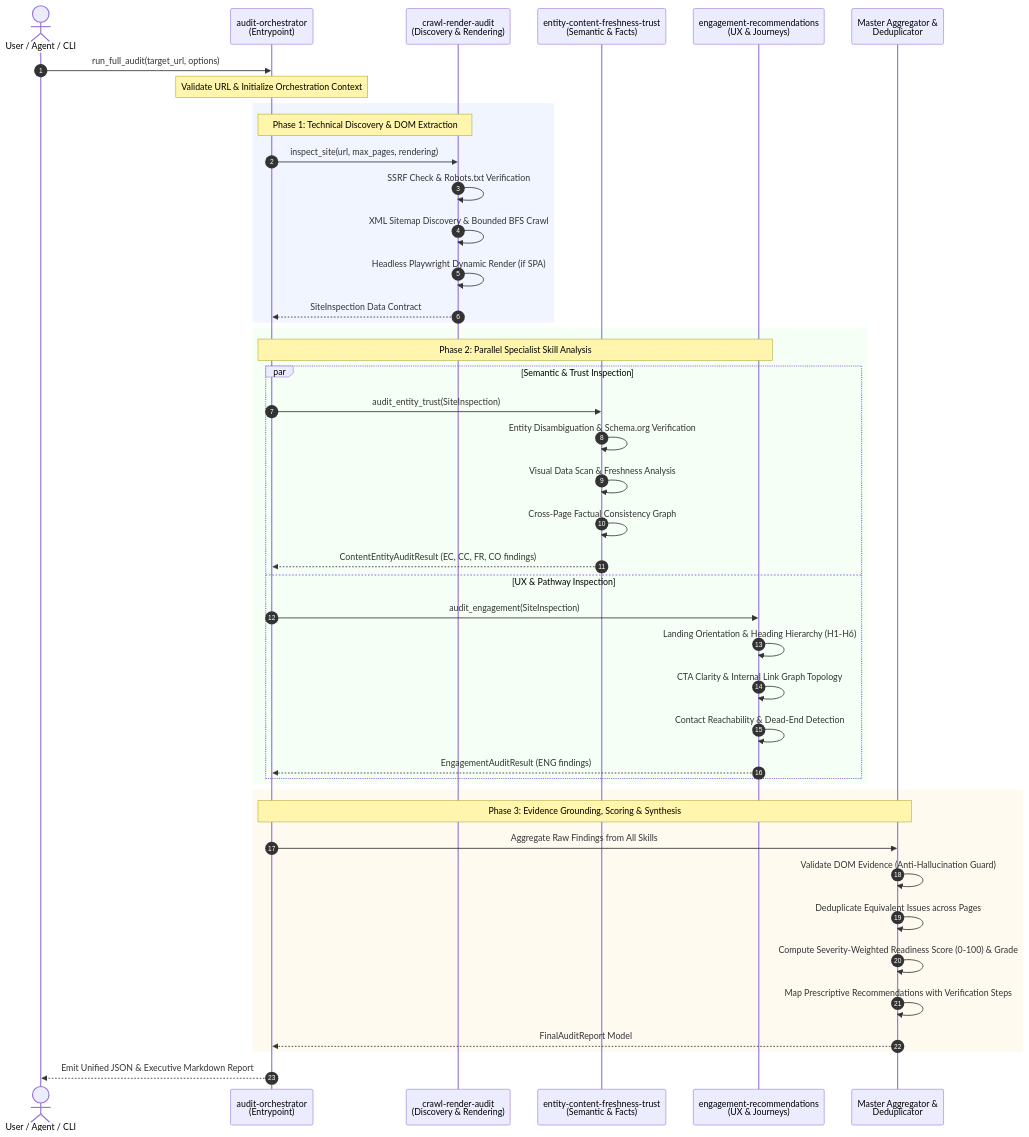
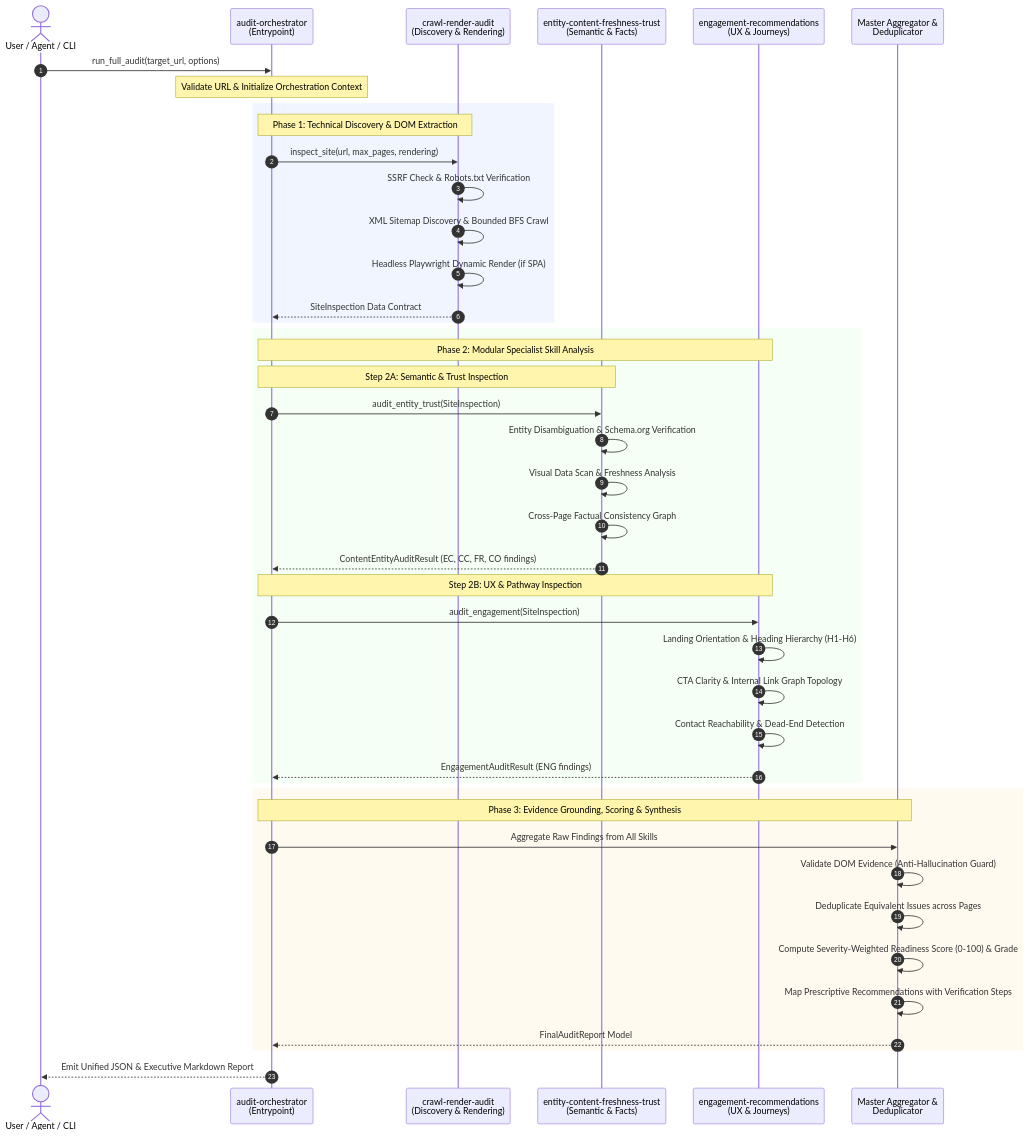
One commit to princeVerma73/adobe-agent-skill-marketplace changed the diagram in README.md. Above: the diagram before and after it, drawn with Mermaid. The commit also changed other lines of this file and 1 other file, not shown here.

Commit message:
docs: update architecture details and sequence diagram in README along with submission package

````diff
--- a/README.md
+++ b/README.md
@@ -29,51 +29,51 @@
 ```mermaid
 sequenceDiagram
     autonumber
     actor User as User / Agent / CLI
     participant Orch as audit-orchestrator<br/>(Entrypoint)
     participant Crawler as crawl-render-audit<br/>(Discovery & Rendering)
     participant EntityTrust as entity-content-freshness-trust<br/>(Semantic & Facts)
     participant Engagement as engagement-recommendations<br/>(UX & Journeys)
     participant Normalizer as Master Aggregator &<br/>Deduplicator
 
     User->>Orch: run_full_audit(target_url, options)
     Note over Orch: Validate URL & Initialize Orchestration Context
 
     rect rgb(240, 245, 255)
         Note over Orch,Crawler: Phase 1: Technical Discovery & DOM Extraction
         Orch->>Crawler: inspect_site(url, max_pages, rendering)
         Crawler->>Crawler: SSRF Check & Robots.txt Verification
         Crawler->>Crawler: XML Sitemap Discovery & Bounded BFS Crawl
         Crawler->>Crawler: Headless Playwright Dynamic Render (if SPA)
         Crawler-->>Orch: SiteInspection Data Contract
     end
 
     rect rgb(245, 255, 245)
-        Note over Orch,Engagement: Phase 2: Parallel Specialist Skill Analysis
-        par Semantic & Trust Inspection
-            Orch->>EntityTrust: audit_entity_trust(SiteInspection)
-            EntityTrust->>EntityTrust: Entity Disambiguation & Schema.org Verification
-            EntityTrust->>EntityTrust: Visual Data Scan & Freshness Analysis
-            EntityTrust->>EntityTrust: Cross-Page Factual Consistency Graph
-            EntityTrust-->>Orch: ContentEntityAuditResult (EC, CC, FR, CO findings)
-        and UX & Pathway Inspection
-            Orch->>Engagement: audit_engagement(SiteInspection)
-            Engagement->>Engagement: Landing Orientation & Heading Hierarchy (H1-H6)
-            Engagement->>Engagement: CTA Clarity & Internal Link Graph Topology
-            Engagement->>Engagement: Contact Reachability & Dead-End Detection
-            Engagement-->>Orch: EngagementAuditResult (ENG findings)
-        end
+        Note over Orch,Engagement: Phase 2: Modular Specialist Skill Analysis
+        Note over Orch,EntityTrust: Step 2A: Semantic & Trust Inspection
+        Orch->>EntityTrust: audit_entity_trust(SiteInspection)
+        EntityTrust->>EntityTrust: Entity Disambiguation & Schema.org Verification
+        EntityTrust->>EntityTrust: Visual Data Scan & Freshness Analysis
+        EntityTrust->>EntityTrust: Cross-Page Factual Consistency Graph
+        EntityTrust-->>Orch: ContentEntityAuditResult (EC, CC, FR, CO findings)
+
+        Note over Orch,Engagement: Step 2B: UX & Pathway Inspection
+        Orch->>Engagement: audit_engagement(SiteInspection)
+        Engagement->>Engagement: Landing Orientation & Heading Hierarchy (H1-H6)
+        Engagement->>Engagement: CTA Clarity & Internal Link Graph Topology
+        Engagement->>Engagement: Contact Reachability & Dead-End Detection
+        Engagement-->>Orch: EngagementAuditResult (ENG findings)
     end
 
     rect rgb(255, 250, 240)
         Note over Orch,Normalizer: Phase 3: Evidence Grounding, Scoring & Synthesis
         Orch->>Normalizer: Aggregate Raw Findings from All Skills
         Normalizer->>Normalizer: Validate DOM Evidence (Anti-Hallucination Guard)
         Normalizer->>Normalizer: Deduplicate Equivalent Issues across Pages
         Normalizer->>Normalizer: Compute Severity-Weighted Readiness Score (0-100) & Grade
         Normalizer->>Normalizer: Map Prescriptive Recommendations with Verification Steps
         Normalizer-->>Orch: FinalAuditReport Model
     end
 
     Orch-->>User: Emit Unified JSON & Executive Markdown Report
 ```
````
